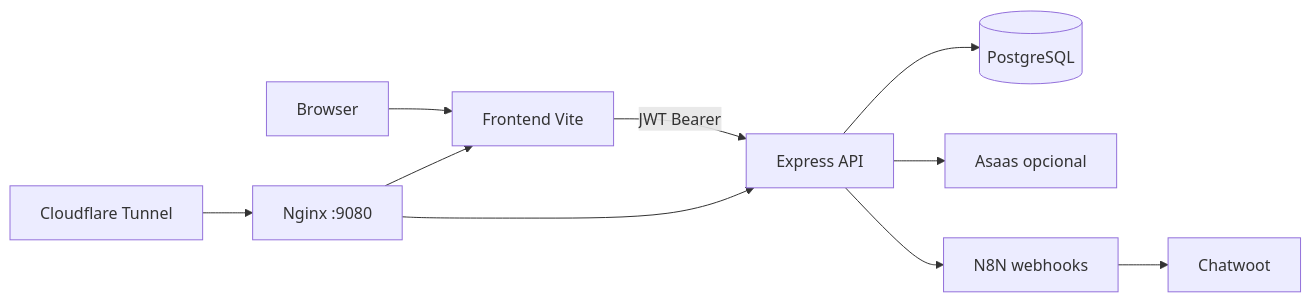
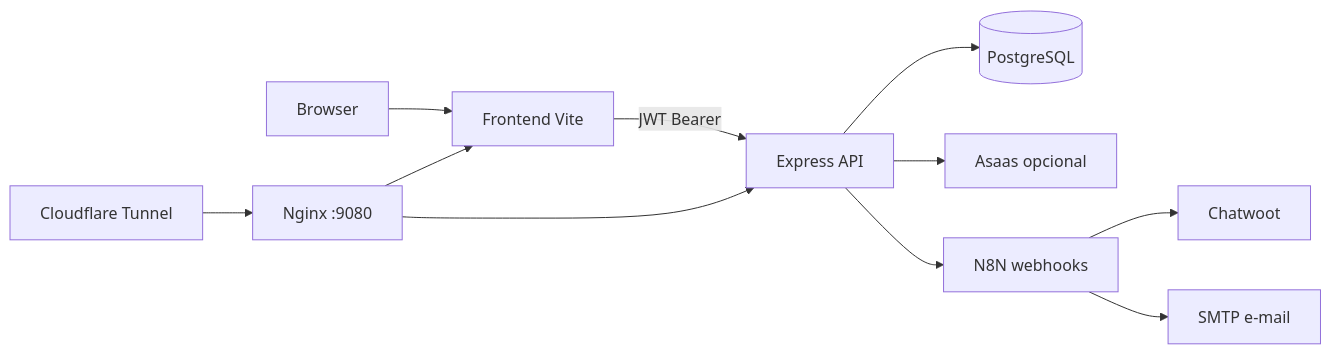
The diagram in docs/02-arquitetura.md (Kadu207/casa-da-paz), drawn with Mermaid before and after one commit. The commit also changed other lines of this file and 19 other files, not shown here.

Commit message:
docs: refresh project docs for 033, audit Green, and current roadmap

````diff
--- a/docs/02-arquitetura.md
+++ b/docs/02-arquitetura.md
@@ -20,12 +20,13 @@
 ```mermaid
 flowchart LR
   Browser[Browser] --> FE[Frontend Vite]
   FE -->|JWT Bearer| API[Express API]
   API --> PG[(PostgreSQL)]
   API --> Asaas[Asaas opcional]
   API --> N8N[N8N webhooks]
   N8N --> Chatwoot[Chatwoot]
+  N8N --> Mail[SMTP e-mail]
   CF[Cloudflare Tunnel] --> Nginx[Nginx :9080]
   Nginx --> FE
   Nginx --> API
 ```
````
